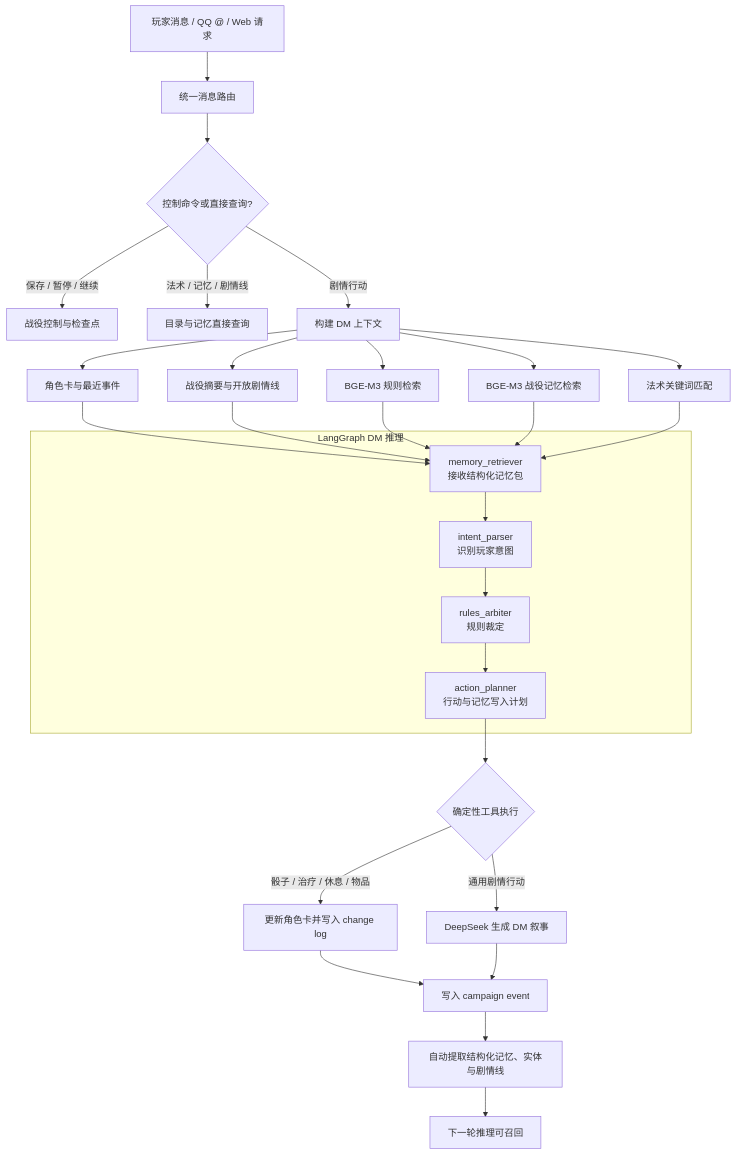
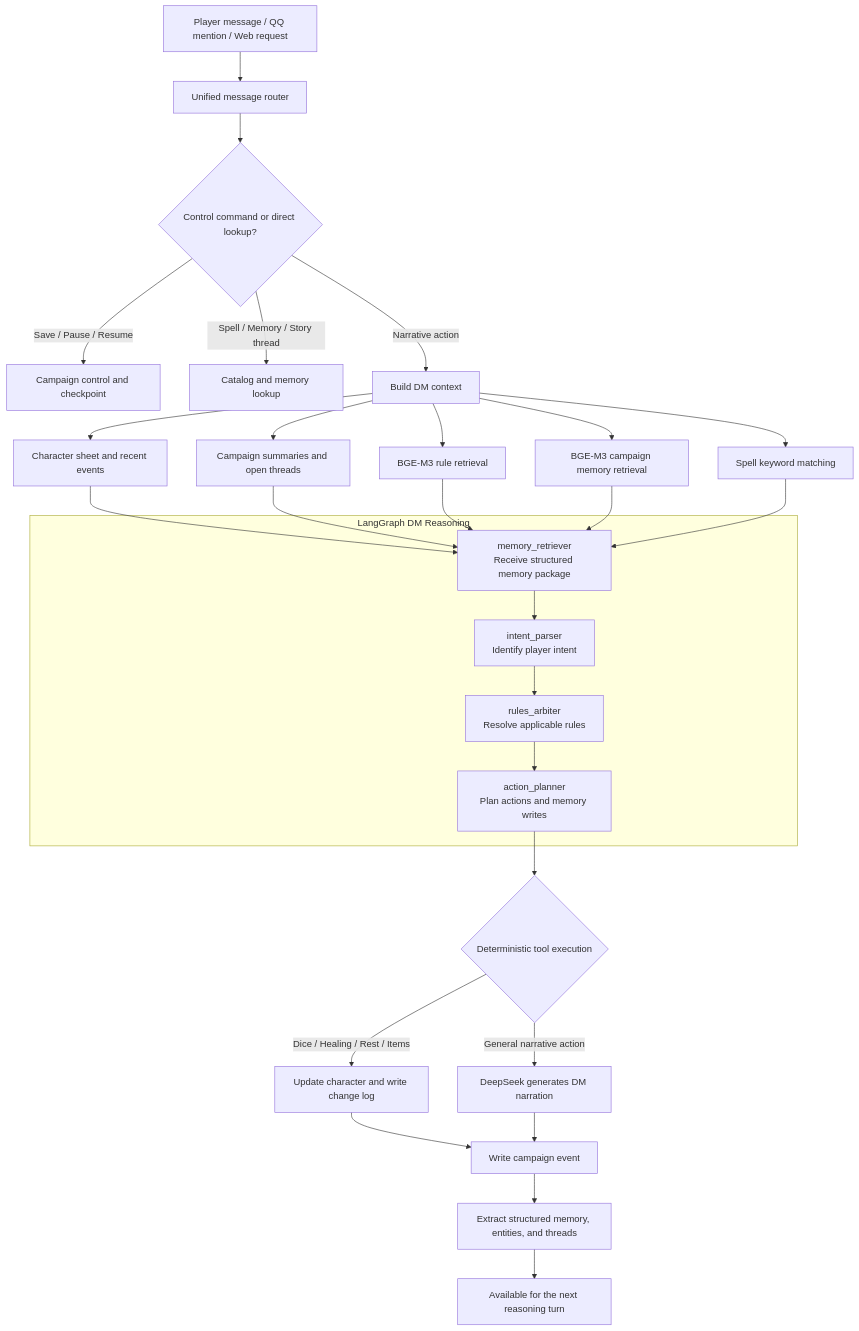
The diagram in README.md (dajiaohuang/SagaSmith-agent), drawn with Mermaid before and after one commit. The commit also changed other lines of this file and 1 other file, not shown here.

````diff
--- a/README.md
+++ b/README.md
@@ -58,35 +60,35 @@
 ```mermaid
 flowchart TD
-    A["玩家消息 / QQ @ / Web 请求"] --> B["统一消息路由"]
-    B --> C{"控制命令或直接查询?"}
-    C -->|"保存 / 暂停 / 继续"| D["战役控制与检查点"]
-    C -->|"法术 / 记忆 / 剧情线"| E["目录与记忆直接查询"]
-    C -->|"剧情行动"| F["构建 DM 上下文"]
+    A["Player message / QQ mention / Web request"] --> B["Unified message router"]
+    B --> C{"Control command or direct lookup?"}
+    C -->|"Save / Pause / Resume"| D["Campaign control and checkpoint"]
+    C -->|"Spell / Memory / Story thread"| E["Catalog and memory lookup"]
+    C -->|"Narrative action"| F["Build DM context"]
 
-    F --> F1["角色卡与最近事件"]
-    F --> F2["战役摘要与开放剧情线"]
-    F --> F3["BGE-M3 规则检索"]
-    F --> F4["BGE-M3 战役记忆检索"]
-    F --> F5["法术关键词匹配"]
+    F --> F1["Character sheet and recent events"]
+    F --> F2["Campaign summaries and open threads"]
+    F --> F3["BGE-M3 rule retrieval"]
+    F --> F4["BGE-M3 campaign memory retrieval"]
+    F --> F5["Spell keyword matching"]
 
     F1 --> G
     F2 --> G
     F3 --> G
     F4 --> G
     F5 --> G
 
-    subgraph LG["LangGraph DM 推理"]
-        G["memory_retriever<br/>接收结构化记忆包"]
-        G --> H["intent_parser<br/>识别玩家意图"]
-        H --> I["rules_arbiter<br/>规则裁定"]
-        I --> J["action_planner<br/>行动与记忆写入计划"]
+    subgraph LG["LangGraph DM Reasoning"]
+        G["memory_retriever<br/>Receive structured memory package"]
+        G --> H["intent_parser<br/>Identify player intent"]
+        H --> I["rules_arbiter<br/>Resolve applicable rules"]
+        I --> J["action_planner<br/>Plan actions and memory writes"]
     end
 
-    J --> K{"确定性工具执行"}
-    K -->|"骰子 / 治疗 / 休息 / 物品"| L["更新角色卡并写入 change log"]
-    K -->|"通用剧情行动"| M["DeepSeek 生成 DM 叙事"]
-    L --> N["写入 campaign event"]
+    J --> K{"Deterministic tool execution"}
+    K -->|"Dice / Healing / Rest / Items"| L["Update character and write change log"]
+    K -->|"General narrative action"| M["DeepSeek generates DM narration"]
+    L --> N["Write campaign event"]
     M --> N
-    N --> O["自动提取结构化记忆、实体与剧情线"]
-    O --> P["下一轮推理可召回"]
+    N --> O["Extract structured memory, entities, and threads"]
+    O --> P["Available for the next reasoning turn"]
 ```
````
